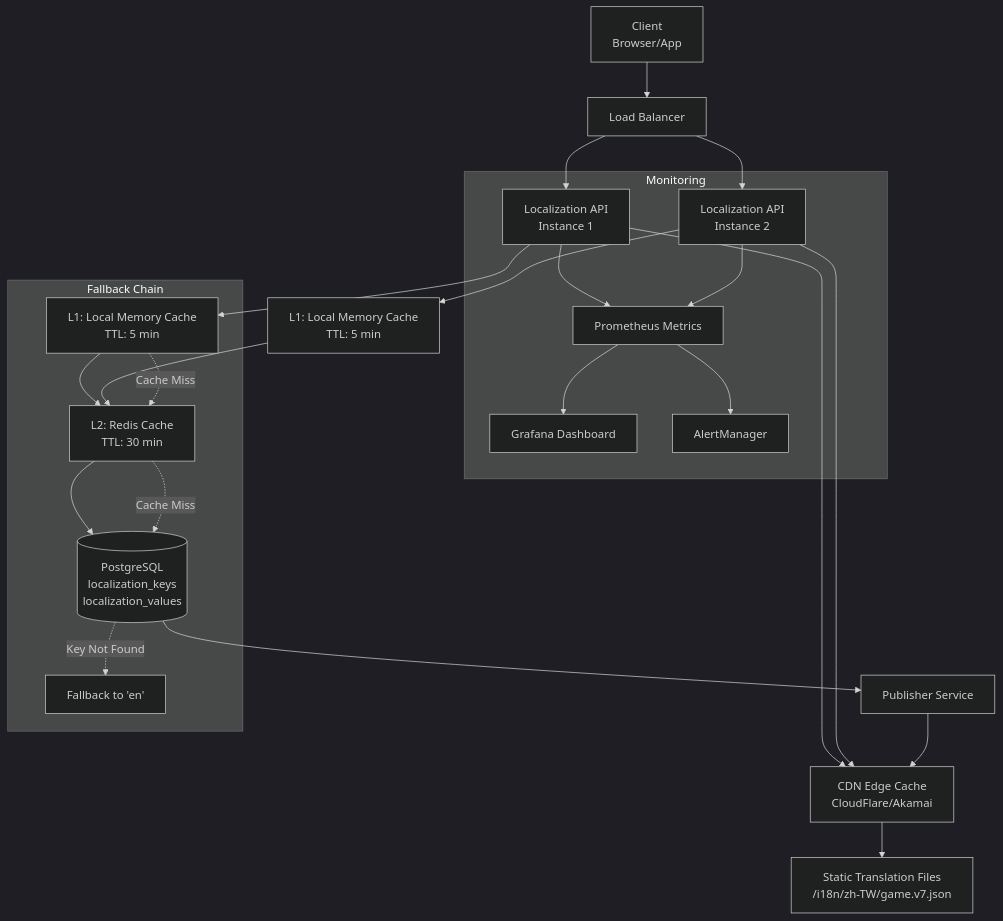
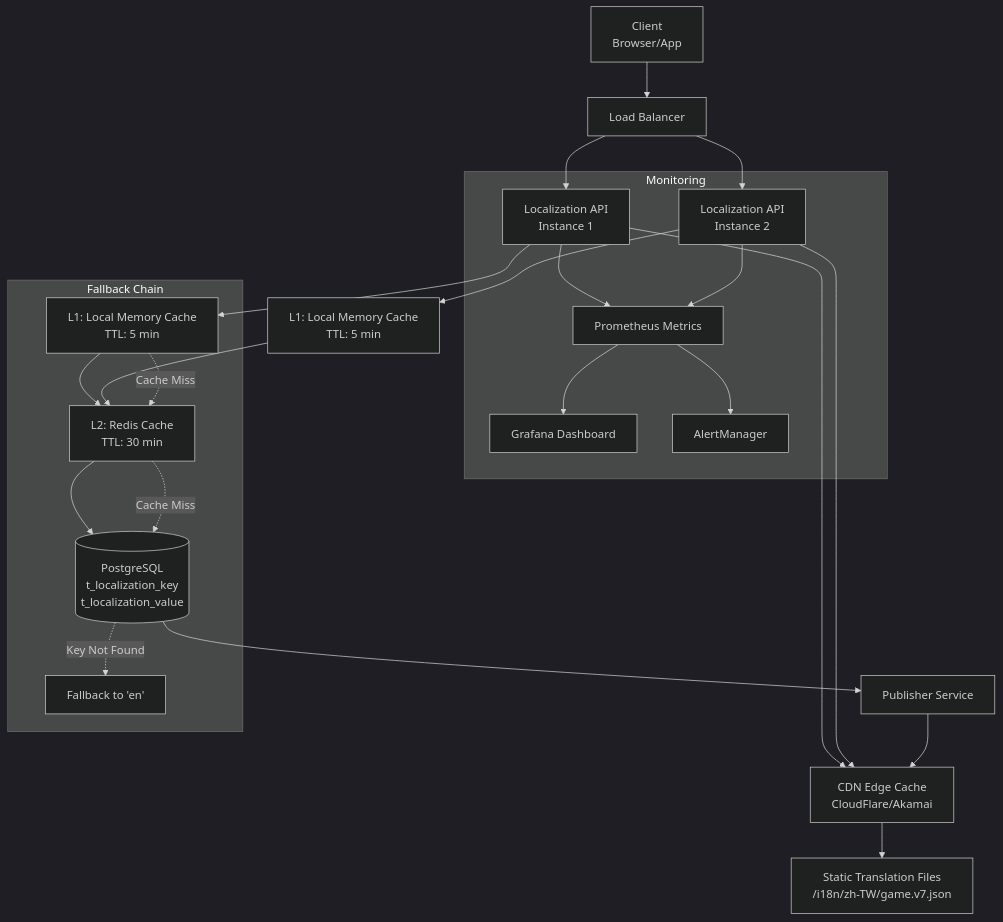
One commit to ron03wlb/smart-admin changed the diagram in docs/iGaming/architecture/11_Frontend/Localization_API.md. Above: the diagram before and after it, drawn with Mermaid (dark theme). The commit also changed other lines of this file and 32 other files, not shown here.

````diff
--- a/docs/iGaming/architecture/11_Frontend/Localization_API.md
+++ b/docs/iGaming/architecture/11_Frontend/Localization_API.md
@@ -26,35 +26,35 @@
 ```mermaid
 graph TB
     Client[Client<br/>Browser/App] --> LB[Load Balancer]
     LB --> API1[Localization API<br/>Instance 1]
     LB --> API2[Localization API<br/>Instance 2]
 
     API1 --> L1Cache[L1: Local Memory Cache<br/>TTL: 5 min]
     API2 --> L1Cache2[L1: Local Memory Cache<br/>TTL: 5 min]
 
     L1Cache --> L2Cache[L2: Redis Cache<br/>TTL: 30 min]
     L1Cache2 --> L2Cache
 
-    L2Cache --> DB[(PostgreSQL<br/>localization_keys<br/>localization_values)]
+    L2Cache --> DB[(PostgreSQL<br/>t_localization_key<br/>t_localization_value)]
 
     API1 --> CDN[CDN Edge Cache<br/>CloudFlare/Akamai]
     API2 --> CDN
 
     CDN --> StaticFiles[Static Translation Files<br/>/i18n/zh-TW/game.v7.json]
 
     DB --> Publisher[Publisher Service]
     Publisher --> CDN
 
     subgraph Fallback Chain
         L1Cache -.->|Cache Miss| L2Cache
         L2Cache -.->|Cache Miss| DB
         DB -.->|Key Not Found| Fallback[Fallback to 'en']
     end
 
     subgraph Monitoring
         API1 --> Prometheus[Prometheus Metrics]
         API2 --> Prometheus
         Prometheus --> Grafana[Grafana Dashboard]
         Prometheus --> AlertManager[AlertManager]
     end
 ```
````
